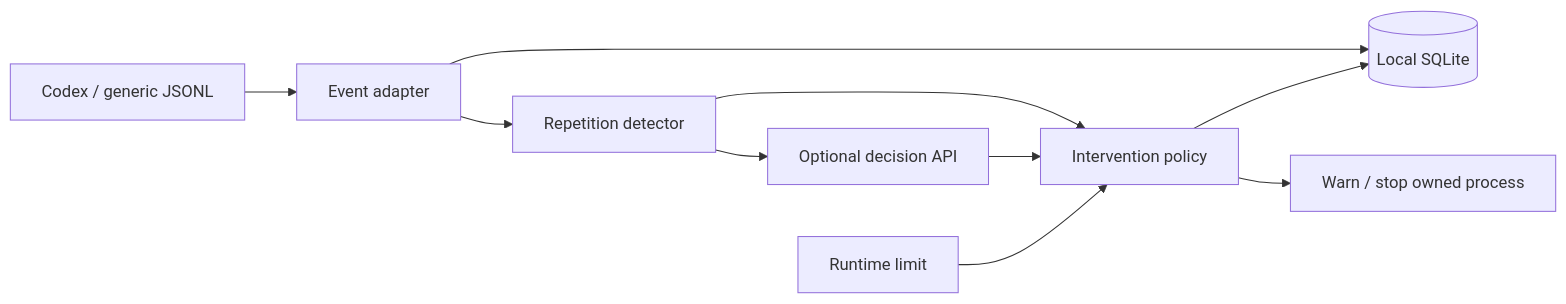
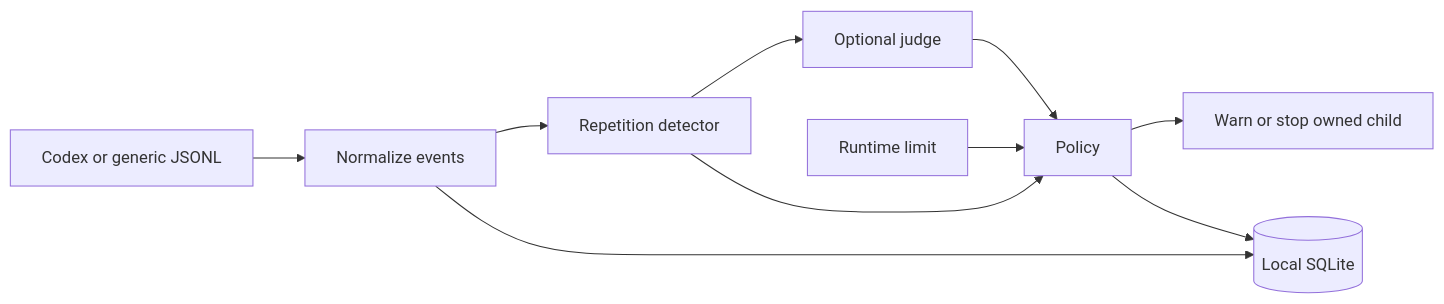
Before and after one commit to jay-waves/comp7607a: the first of 2 diagrams in presentation/slides.md, drawn with Mermaid. The commit also changed other lines of this file and 9 other files, not shown here.

````diff
--- a/presentation/slides.md
+++ b/presentation/slides.md
@@ -60,12 +77,12 @@
 ```mermaid
 flowchart LR
-  A[Codex / generic JSONL] --> B[Event adapter]
-  B --> C[(Local SQLite)]
-  B --> D[Repetition detector]
-  D --> E[Intervention policy]
-  D --> F[Optional decision API]
-  F --> E
-  G[Runtime limit] --> E
-  E --> H[Warn / stop owned process]
-  E --> C
+  A[Codex or generic JSONL] --> B[Normalize events]
+  B --> C[Repetition detector]
+  B --> D[(Local SQLite)]
+  C --> E[Optional judge]
+  C --> F[Policy]
+  E --> F
+  G[Runtime limit] --> F
+  F --> H[Warn or stop owned child]
+  F --> D
 ```
````
